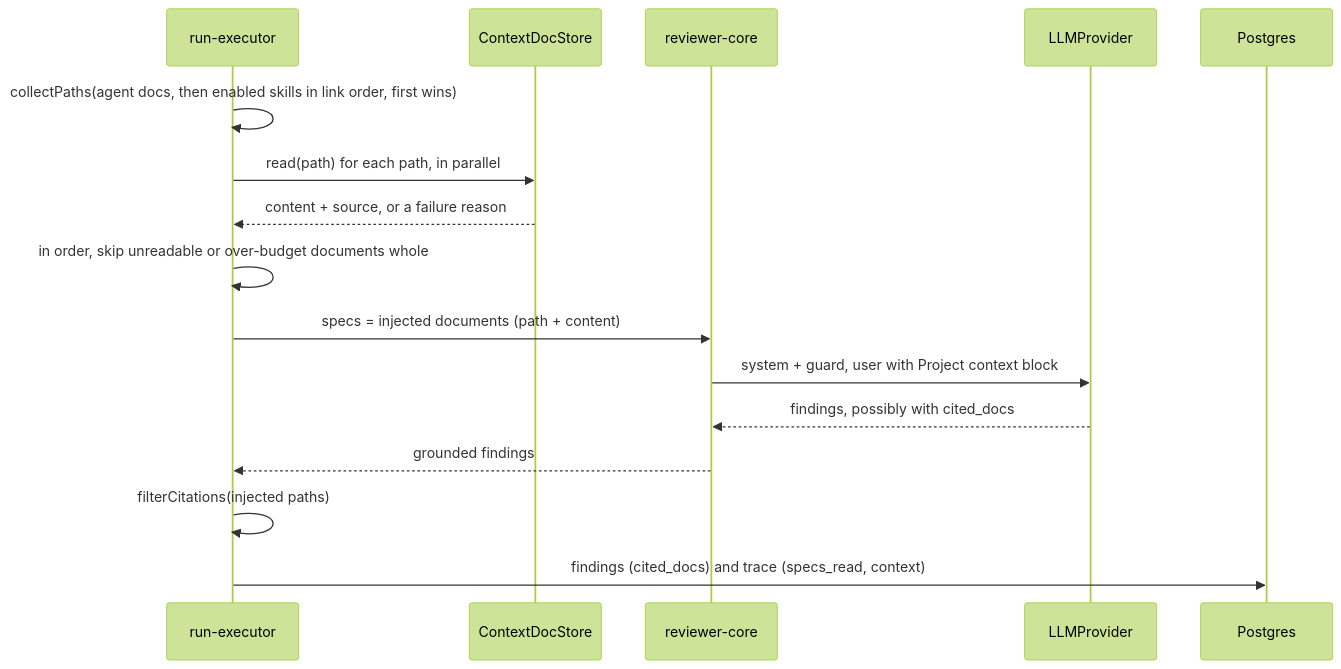
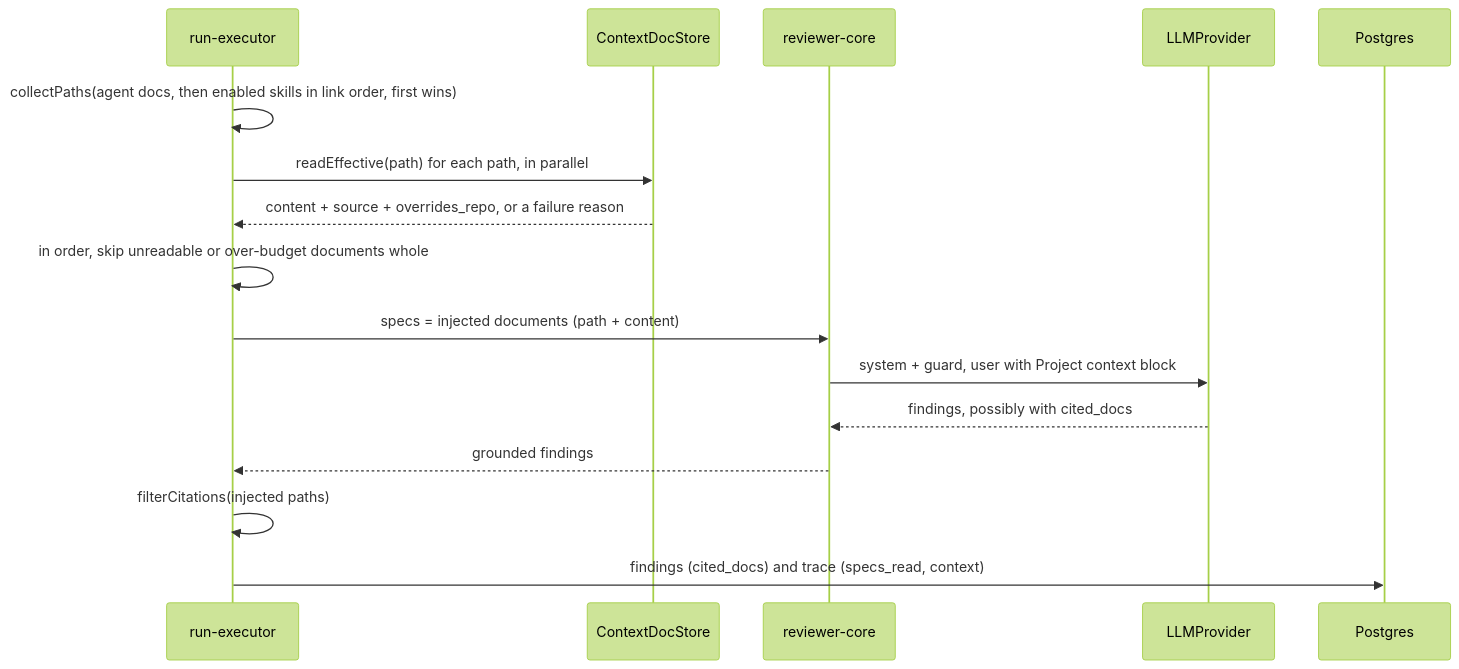
Before and after one commit to BalakaMd/dev-digest: the fourth of 4 diagrams in docs/project-context.md, drawn with Mermaid (forest theme). The commit also changed other lines of this file and 61 other files, not shown here.

````diff
--- a/docs/project-context.md
+++ b/docs/project-context.md
@@ -158,18 +243,18 @@
 ```mermaid
 sequenceDiagram
   participant Exec as run-executor
   participant Store as ContextDocStore
   participant Engine as reviewer-core
   participant LLM as LLMProvider
   participant DB as Postgres
   Exec->>Exec: collectPaths(agent docs, then enabled skills in link order, first wins)
-  Exec->>Store: read(path) for each path, in parallel
-  Store-->>Exec: content + source, or a failure reason
+  Exec->>Store: readEffective(path) for each path, in parallel
+  Store-->>Exec: content + source + overrides_repo, or a failure reason
   Exec->>Exec: in order, skip unreadable or over-budget documents whole
   Exec->>Engine: specs = injected documents (path + content)
   Engine->>LLM: system + guard, user with Project context block
   LLM-->>Engine: findings, possibly with cited_docs
   Engine-->>Exec: grounded findings
   Exec->>Exec: filterCitations(injected paths)
   Exec->>DB: findings (cited_docs) and trace (specs_read, context)
 ```
````
